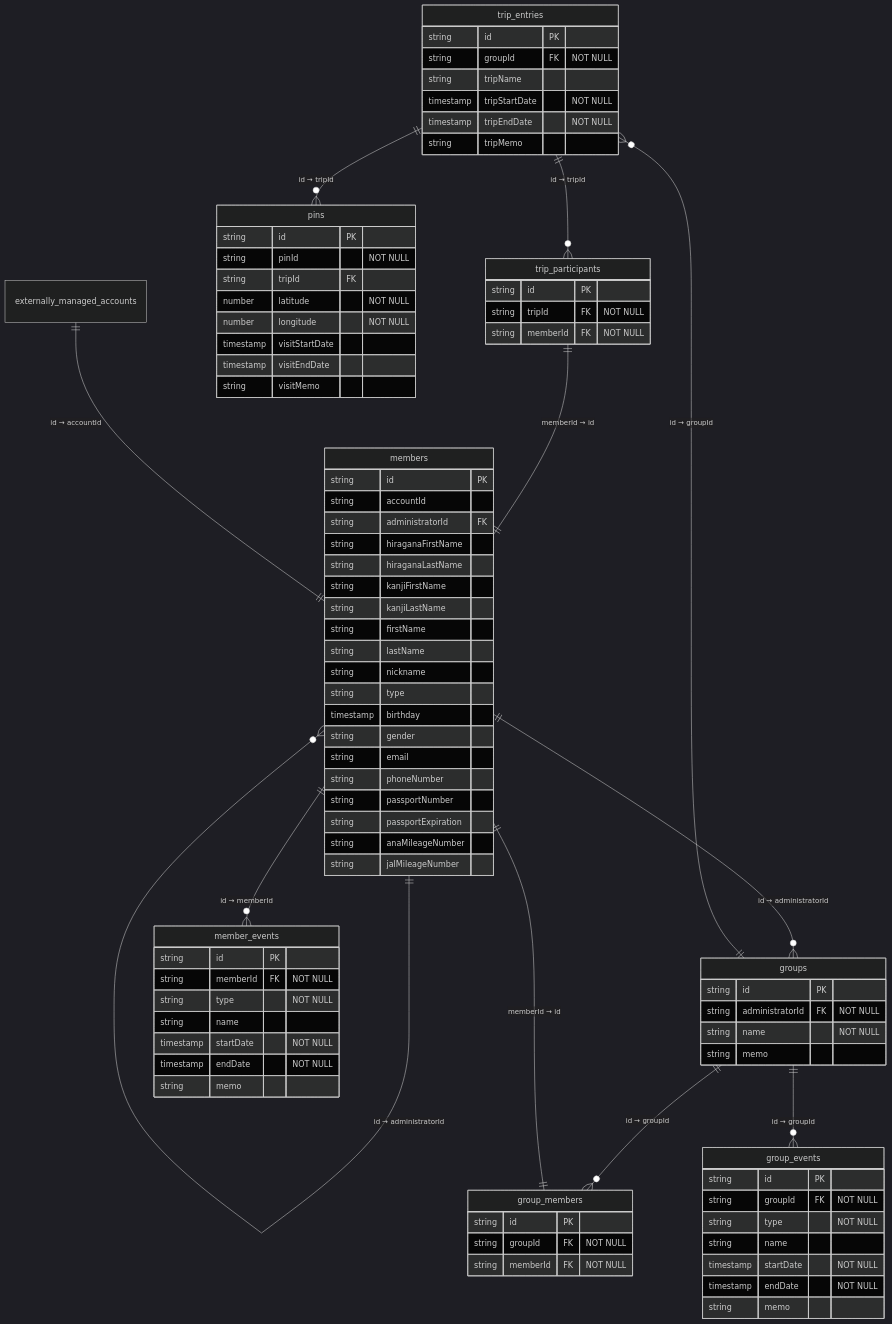
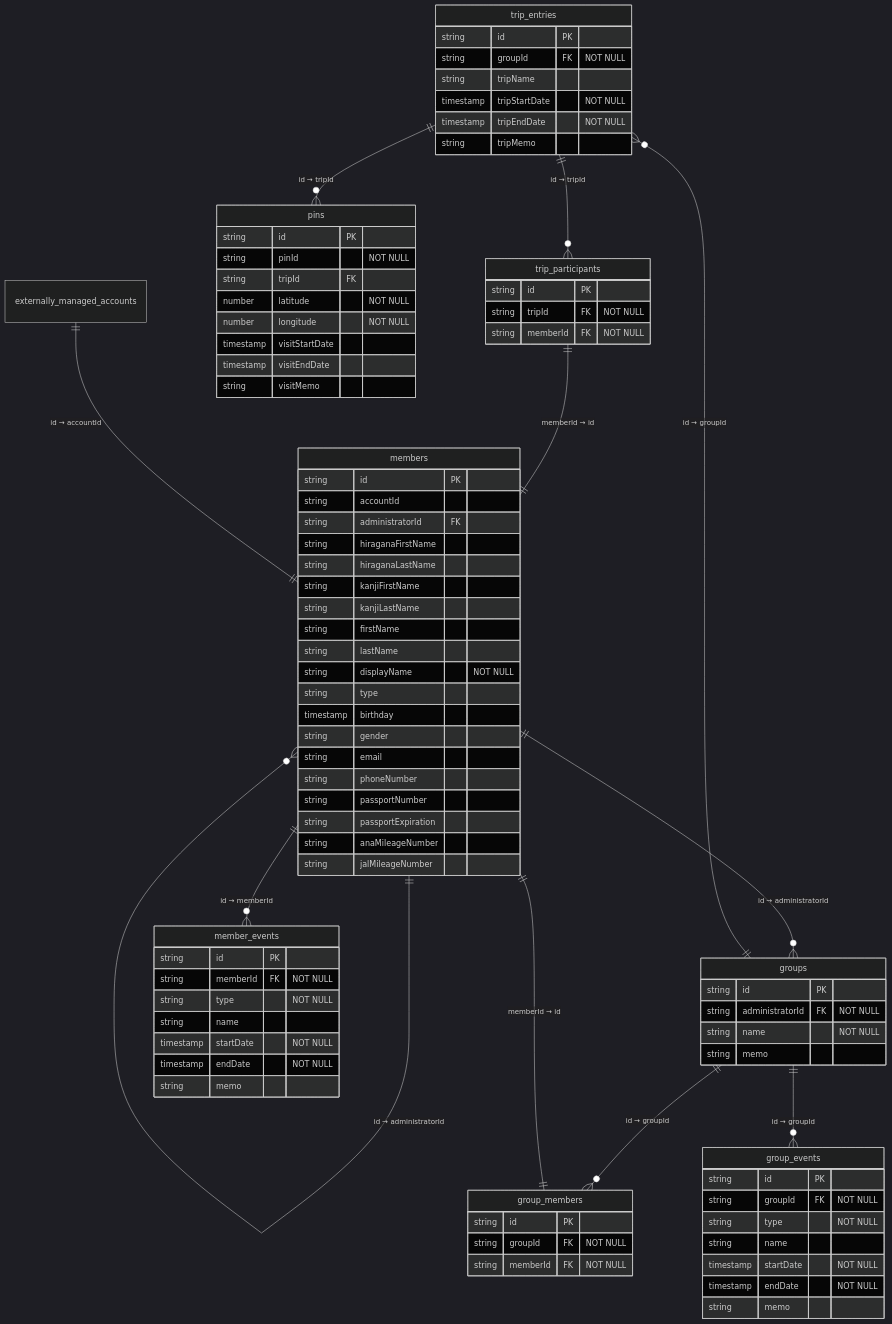
The diagram in doc/er_diagram.md (taka-016/memora), drawn with Mermaid (dark theme) before and after one commit. The commit also changed 28 other files, not shown here.

Commit message:
nickname→displayNameに変更し、必須項目化

```diff
--- a/doc/er_diagram.md
+++ b/doc/er_diagram.md
@@ -55,7 +55,7 @@
         string kanjiLastName
         string firstName
         string lastName
-        string nickname
+        string displayName "NOT NULL"
         string type
         timestamp birthday
         string gender
```
